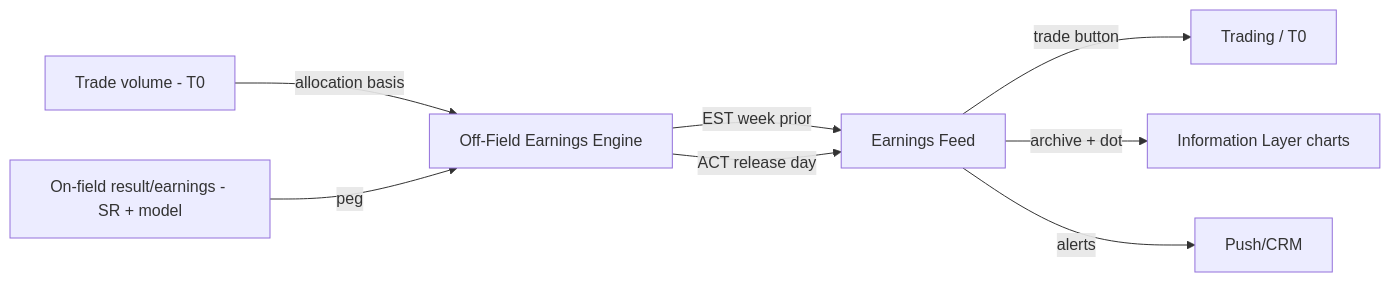
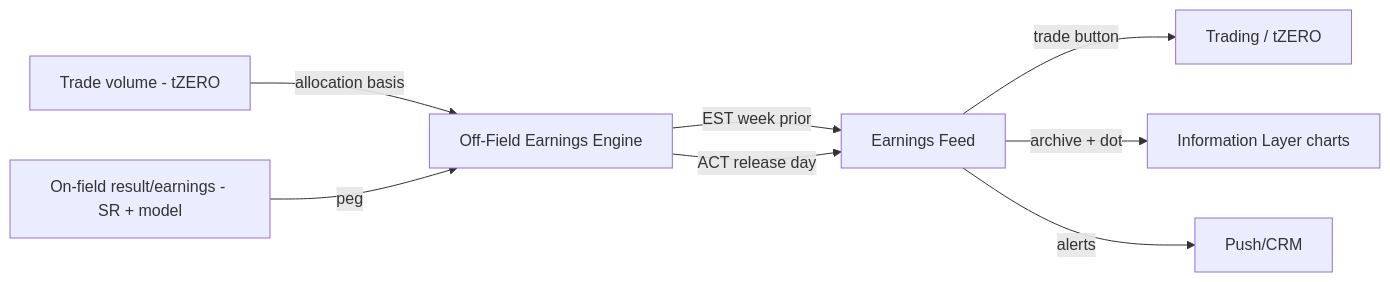
The second of 3 diagrams in vault/components/earnings-report/earnings-report.md (Novosapien/inplay-vault), drawn with Mermaid before and after one commit. The commit also changed other lines of this file and 94 other files, not shown here.

````diff
--- a/vault/components/earnings-report/earnings-report.md
+++ b/vault/components/earnings-report/earnings-report.md
@@ -130,10 +130,10 @@
 ```mermaid
 graph LR
-    VOL[Trade volume - T0] -->|allocation basis| ENG[Off-Field Earnings Engine]
+    VOL[Trade volume - tZERO] -->|allocation basis| ENG[Off-Field Earnings Engine]
     ONF[On-field result/earnings - SR + model] -->|peg| ENG
     ENG -->|EST week prior| FEED[Earnings Feed]
     ENG -->|ACT release day| FEED
-    FEED -->|trade button| TR[Trading / T0]
+    FEED -->|trade button| TR[Trading / tZERO]
     FEED -->|archive + dot| INFO[Information Layer charts]
     FEED -->|alerts| PUSH[Push/CRM]
 ```
````
